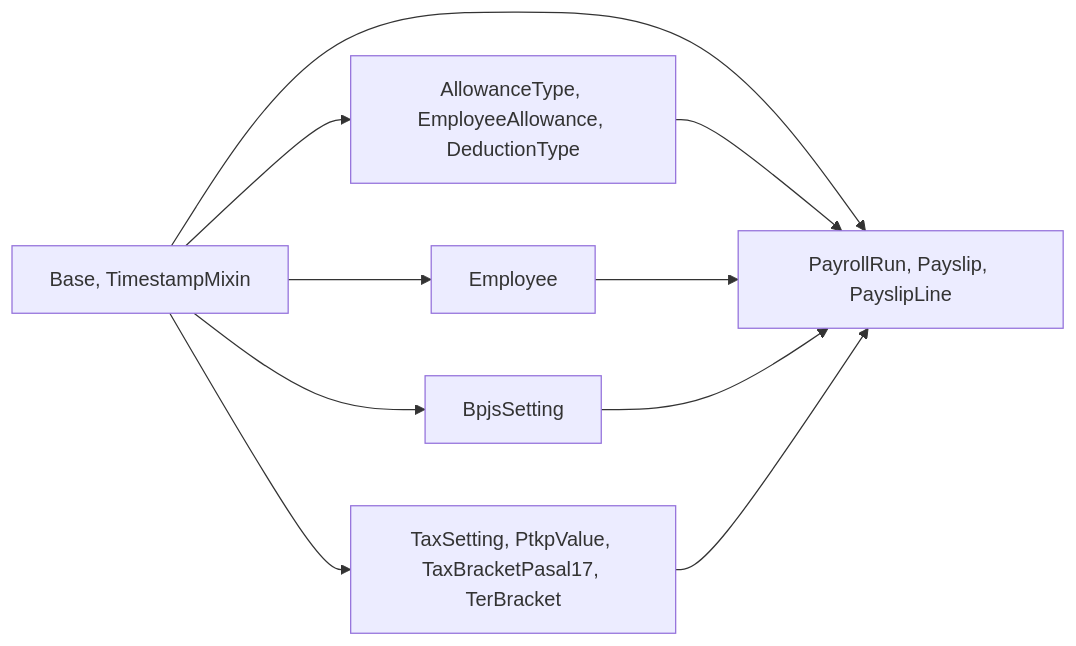
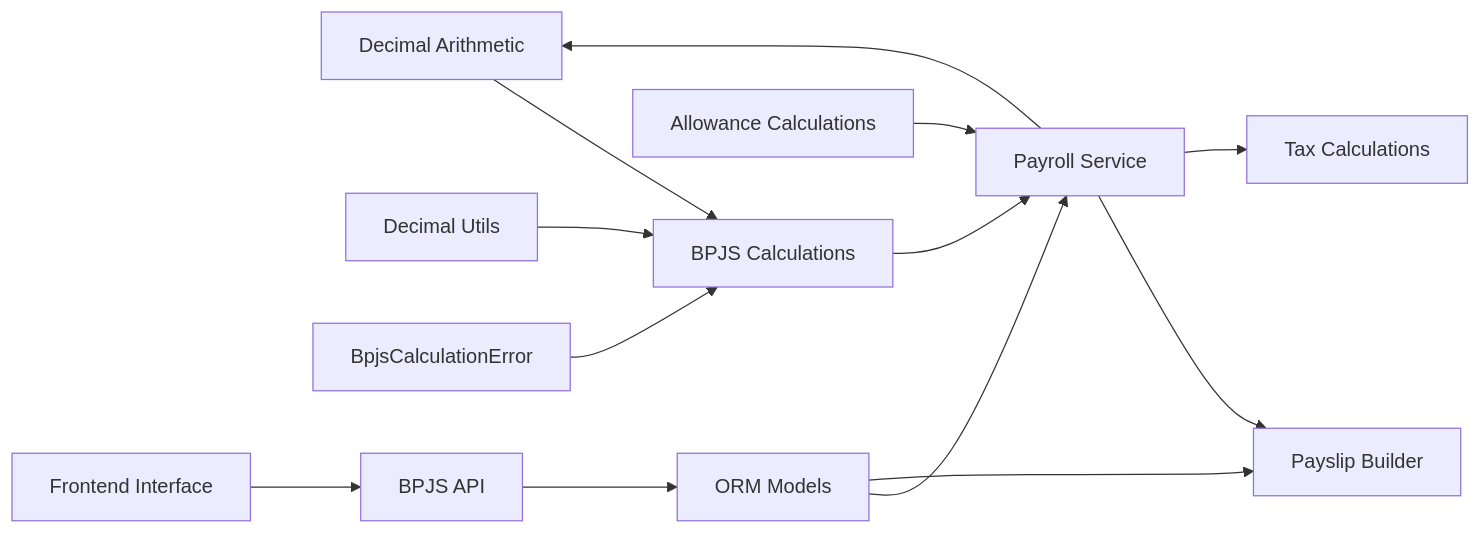
One commit to bikinaplikasipakeqoder-dot/payroll-hris changed the fourth of 4 diagrams in .qoder/repowiki/en/content/BPJS Integration.md. Above: the diagram before and after it, drawn with Mermaid. The commit also changed other lines of this file and 22 other files, not shown here.

````diff
--- a/.qoder/repowiki/en/content/BPJS Integration.md
+++ b/.qoder/repowiki/en/content/BPJS Integration.md
@@ -356,12 +339,15 @@
 ```mermaid
 graph LR
-Base["Base, TimestampMixin"] --> BPJS["BpjsSetting"]
-Base --> PAY["PayrollRun, Payslip, PayslipLine"]
-Base --> SAL["AllowanceType, EmployeeAllowance, DeductionType"]
-Base --> EMP["Employee"]
-Base --> TAX["TaxSetting, PtkpValue, TaxBracketPasal17, TerBracket"]
-SAL --> PAY
-EMP --> PAY
-BPJS --> PAY
-TAX --> PAY
+DECIMAL["Decimal Arithmetic"] --> CALC["BPJS Calculations"]
+UTILS["Decimal Utils"] --> CALC
+EXCEPTIONS["BpjsCalculationError"] --> CALC
+CALC --> SERVICE["Payroll Service"]
+ALLOW["Allowance Calculations"] --> SERVICE
+SERVICE --> BUILDER["Payslip Builder"]
+MODELS["ORM Models"] --> SERVICE
+MODELS --> BUILDER
+API["BPJS API"] --> MODELS
+FRONTEND["Frontend Interface"] --> API
+SERVICE --> TAX["Tax Calculations"]
+SERVICE --> DECIMAL
 ```
````
